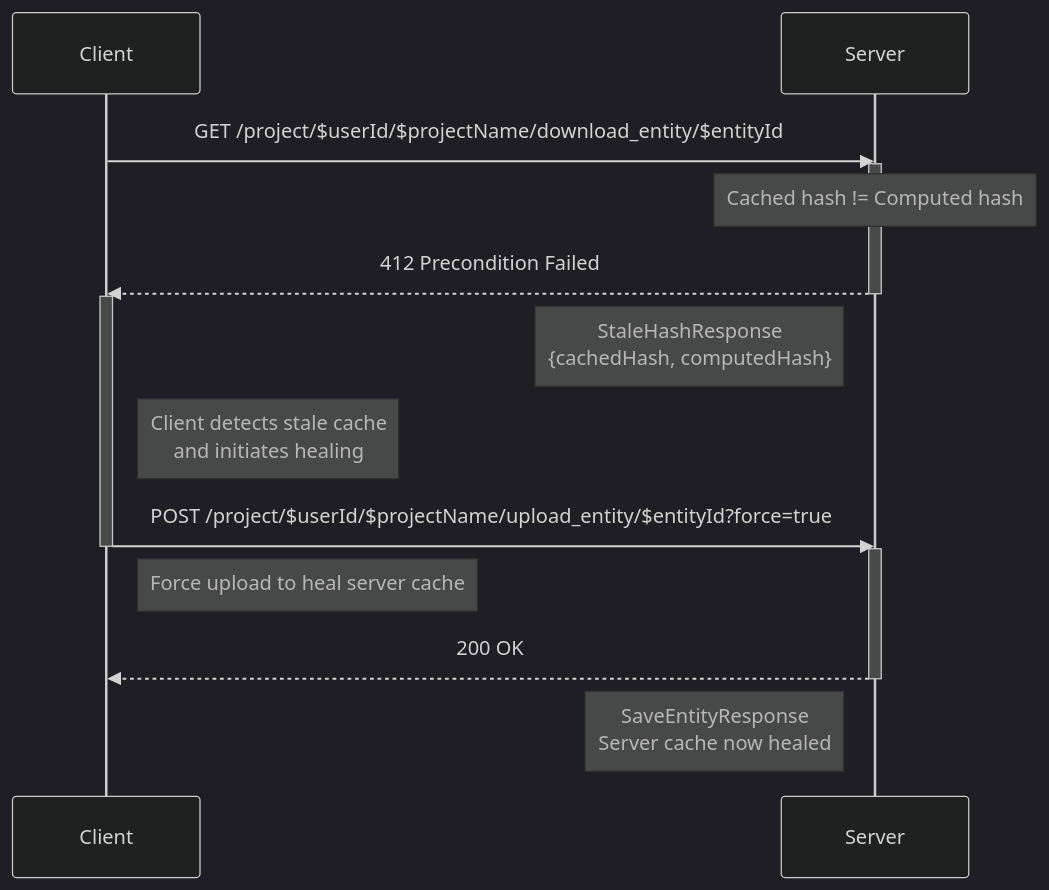
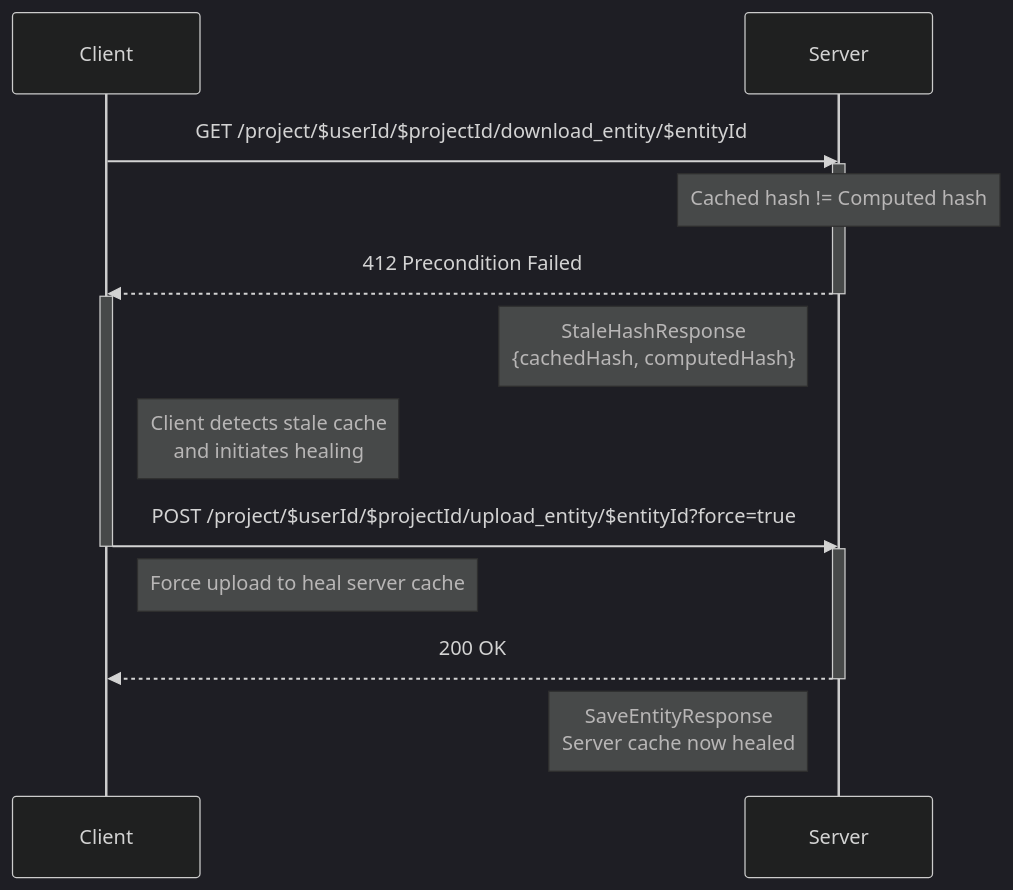
The fifth of 10 diagrams in docs/SYNCING-PROTOCOL.md (Darkrock-Studios/hammer-editor), drawn with Mermaid (dark theme) before and after one commit. The commit also changed other lines of this file and 33 other files, not shown here.

````diff
--- a/docs/SYNCING-PROTOCOL.md
+++ b/docs/SYNCING-PROTOCOL.md
@@ -287,25 +287,25 @@
 ```mermaid
 sequenceDiagram
     participant Client
     participant Server
 
-    Client->>Server: GET /project/$userId/$projectName/download_entity/$entityId
+    Client->>Server: GET /project/$userId/$projectId/download_entity/$entityId
 	activate Server
 	Note over Server: Cached hash != Computed hash
 
 	Server -->> Client: 412 Precondition Failed
 	deactivate Server
 	activate Client
 	Note left of Server: StaleHashResponse<br/>{cachedHash, computedHash}
 
 	Note right of Client: Client detects stale cache<br/>and initiates healing
-	Client->>Server: POST /project/$userId/$projectName/upload_entity/$entityId?force=true
+	Client->>Server: POST /project/$userId/$projectId/upload_entity/$entityId?force=true
 	deactivate Client
 	activate Server
 	Note right of Client: Force upload to heal server cache
 
 	Server -->> Client: 200 OK
 	deactivate Server
 	activate Client
 	Note left of Server: SaveEntityResponse<br/>Server cache now healed
 ```
````
